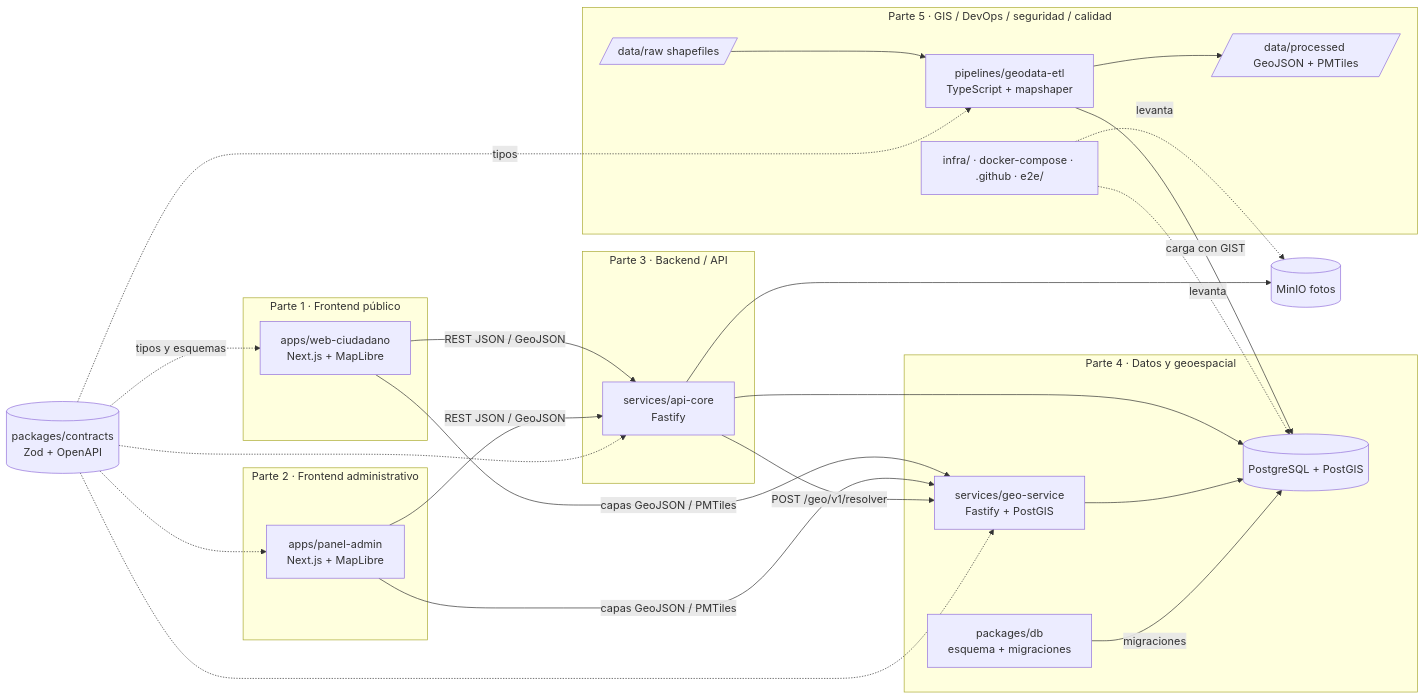
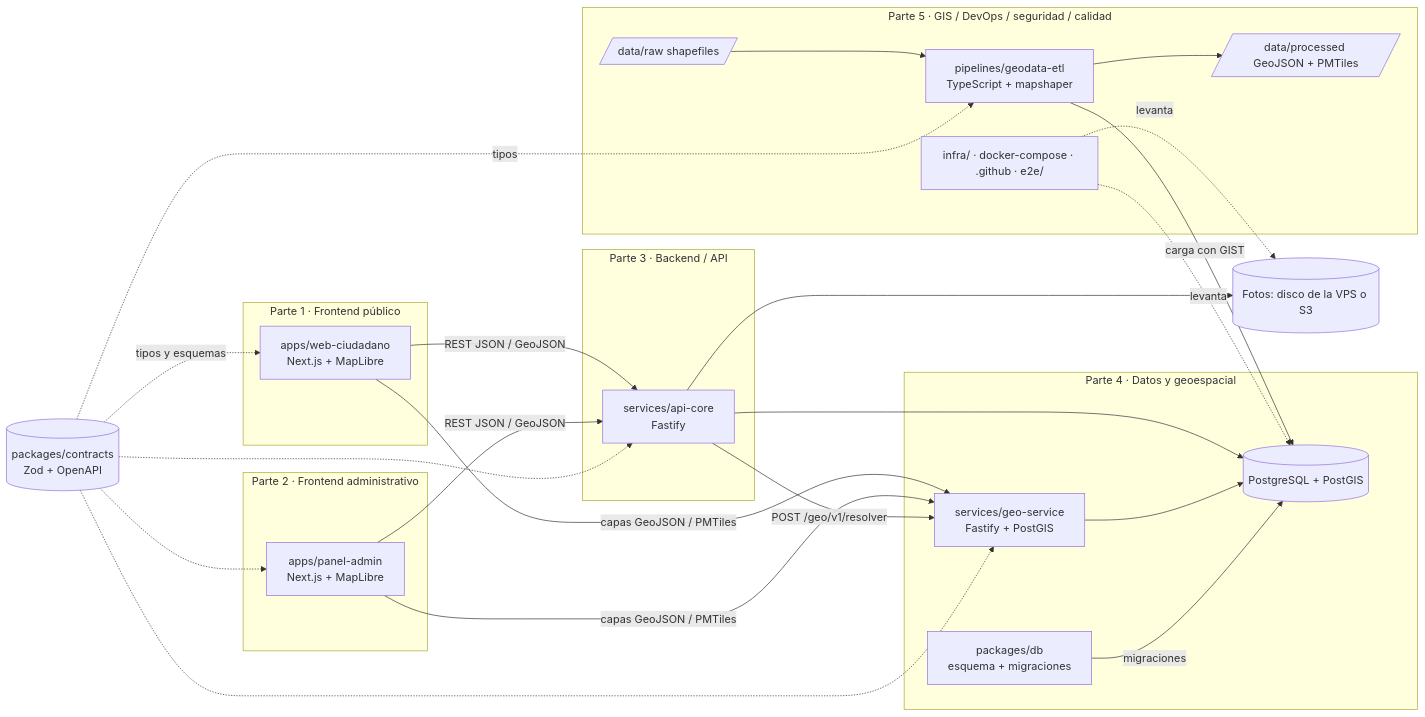
Before and after one commit to paltaunkwnow/MICURICHI: the diagram in CLAUDE.md, drawn with Mermaid. The commit also changed other lines of this file, not shown here.

First line of the commit message:
docs(claude): reglas del plan de producción en una VPS aprobado el 2026-09-26

````diff
--- a/CLAUDE.md
+++ b/CLAUDE.md
@@ -131,44 +135,44 @@
 ```mermaid
 flowchart LR
   subgraph P1[Parte 1 · Frontend público]
     WEB[apps/web-ciudadano<br/>Next.js + MapLibre]
   end
   subgraph P2[Parte 2 · Frontend administrativo]
     ADM[apps/panel-admin<br/>Next.js + MapLibre]
   end
   subgraph P3[Parte 3 · Backend / API]
     API[services/api-core<br/>Fastify]
   end
   subgraph P4[Parte 4 · Datos y geoespacial]
     GEO[services/geo-service<br/>Fastify + PostGIS]
     DBP[packages/db<br/>esquema + migraciones]
     DB[(PostgreSQL + PostGIS)]
   end
   subgraph P5[Parte 5 · GIS / DevOps / seguridad / calidad]
     ETL[pipelines/geodata-etl<br/>TypeScript + mapshaper]
     INFRA[infra/ · docker-compose · .github · e2e/]
     RAW[/data/raw shapefiles/]
     PROC[/data/processed GeoJSON + PMTiles/]
   end
   C[(packages/contracts<br/>Zod + OpenAPI)]
-  S3[(MinIO fotos)]
+  S3[(Fotos: disco de la VPS o S3)]
 
   WEB -->|REST JSON / GeoJSON| API
   ADM -->|REST JSON / GeoJSON| API
   WEB -->|capas GeoJSON / PMTiles| GEO
   ADM -->|capas GeoJSON / PMTiles| GEO
   API -->|POST /geo/v1/resolver| GEO
   API --> DB
   API --> S3
   GEO --> DB
   DBP -->|migraciones| DB
   RAW --> ETL --> PROC
   ETL -->|carga con GIST| DB
   INFRA -.levanta.-> DB
   INFRA -.levanta.-> S3
   C -.tipos y esquemas.-> WEB
   C -.-> ADM
   C -.-> API
   C -.-> GEO
   C -.tipos.-> ETL
 ```
````
